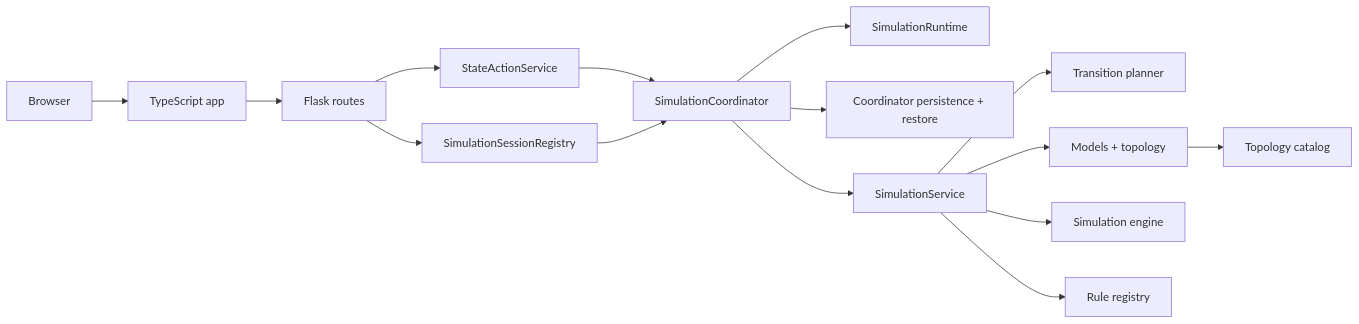
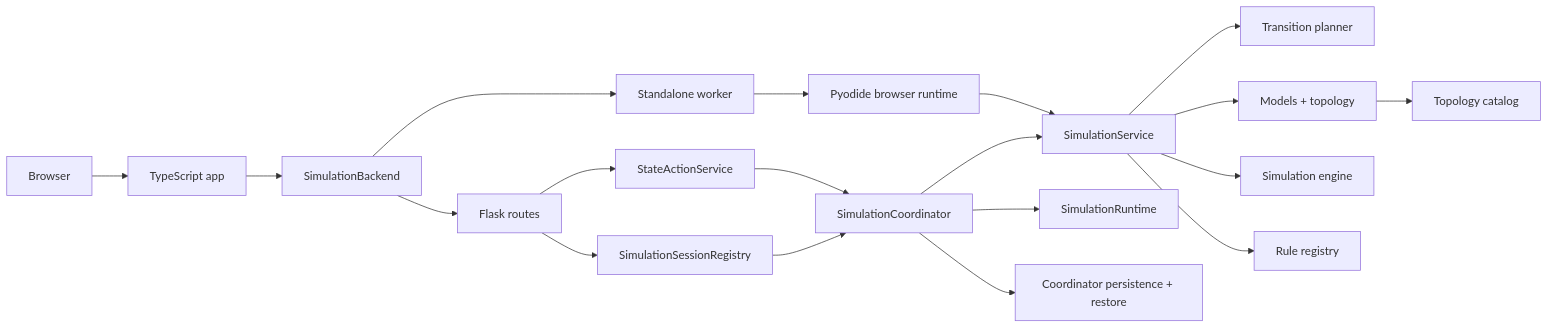
Before and after one commit to Grgs/cellular-automaton-lab: the diagram in docs/ARCHITECTURE.md, drawn with Mermaid. The commit also changed other lines of this file and 18 other files, not shown here.

````diff
--- a/docs/ARCHITECTURE.md
+++ b/docs/ARCHITECTURE.md
@@ -9,17 +19,21 @@
 ```mermaid
 flowchart LR
     Browser["Browser"] --> Frontend["TypeScript app"]
-    Frontend --> Routes["Flask routes"]
+    Frontend --> BackendContract["SimulationBackend"]
+    BackendContract --> Routes["Flask routes"]
+    BackendContract --> Worker["Standalone worker"]
     Routes --> Sessions["SimulationSessionRegistry"]
     Routes --> StateActions["StateActionService"]
+    Worker --> BrowserRuntime["Pyodide browser runtime"]
     StateActions --> Coordinator["SimulationCoordinator"]
     Sessions --> Coordinator
+    BrowserRuntime --> Service["SimulationService"]
     Coordinator --> Runtime["SimulationRuntime"]
     Coordinator --> Persist["Coordinator persistence + restore"]
     Coordinator --> Service["SimulationService"]
     Service --> Planner["Transition planner"]
     Service --> Models["Models + topology"]
     Service --> Engine["Simulation engine"]
     Models --> Catalog["Topology catalog"]
     Service --> Rules["Rule registry"]
 ```
````
